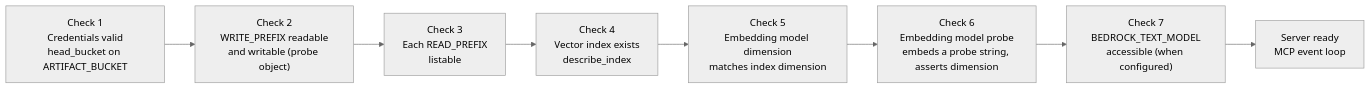
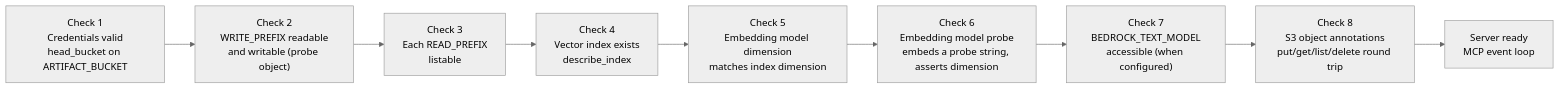
One commit to amanoxsolutions/arkeology changed the third of 3 diagrams in docs/architecture-decisions/overview.md. Above: the diagram before and after it, drawn with Mermaid (neutral theme). The commit also changed other lines of this file and 19 other files, not shown here.

````diff
--- a/docs/architecture-decisions/overview.md
+++ b/docs/architecture-decisions/overview.md
@@ -159,13 +159,14 @@
 ```mermaid
 graph LR
     C1["Check 1\nCredentials valid\nhead_bucket on ARTIFACT_BUCKET"]
     C2["Check 2\nWRITE_PREFIX readable\nand writable (probe object)"]
     C3["Check 3\nEach READ_PREFIX\nlistable"]
     C4["Check 4\nVector index exists\ndescribe_index"]
     C5["Check 5\nEmbedding model dimension\nmatches index dimension"]
     C6["Check 6\nEmbedding model probe\nembeds a probe string, asserts dimension"]
     C7["Check 7\nBEDROCK_TEXT_MODEL\naccessible (when configured)"]
+    C8["Check 8\nS3 object annotations\nput/get/list/delete round trip"]
     READY["Server ready\nMCP event loop"]
 
-    C1 --> C2 --> C3 --> C4 --> C5 --> C6 --> C7 --> READY
+    C1 --> C2 --> C3 --> C4 --> C5 --> C6 --> C7 --> C8 --> READY
 ```
````
